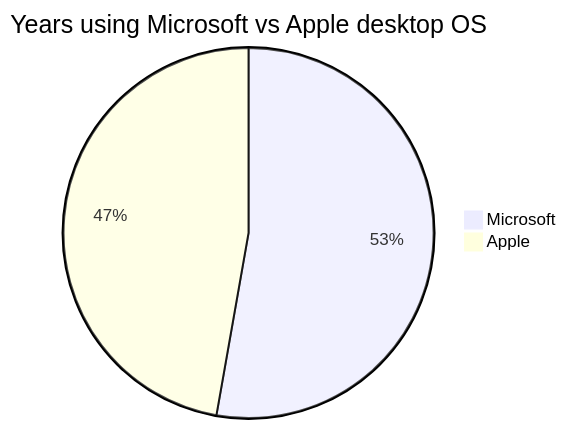
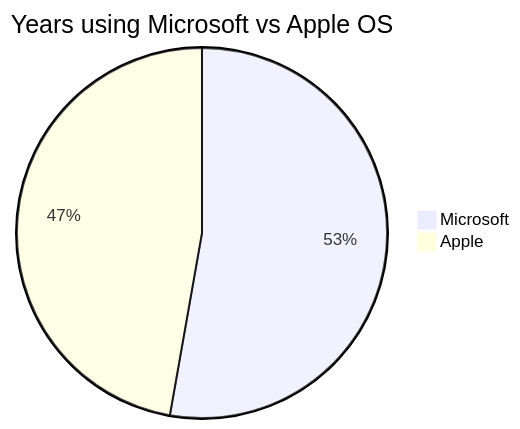
Before and after one commit to rudzainy/rudzainy.github.io: the diagram in _posts/2024-06-16-an-answer-to-the-question-of-windows-vs-macos.md, drawn with Mermaid. The commit also changed other lines of this file, not shown here.

````diff
--- a/_posts/2024-06-16-an-answer-to-the-question-of-windows-vs-macos.md
+++ b/_posts/2024-06-16-an-answer-to-the-question-of-windows-vs-macos.md
@@ -45,6 +45,6 @@
 ```mermaid
   pie 
-    title Years using Microsoft vs Apple desktop OS
+    title Years using Microsoft vs Apple OS
     "Microsoft" : 190
     "Apple" : 170
 ```
````
